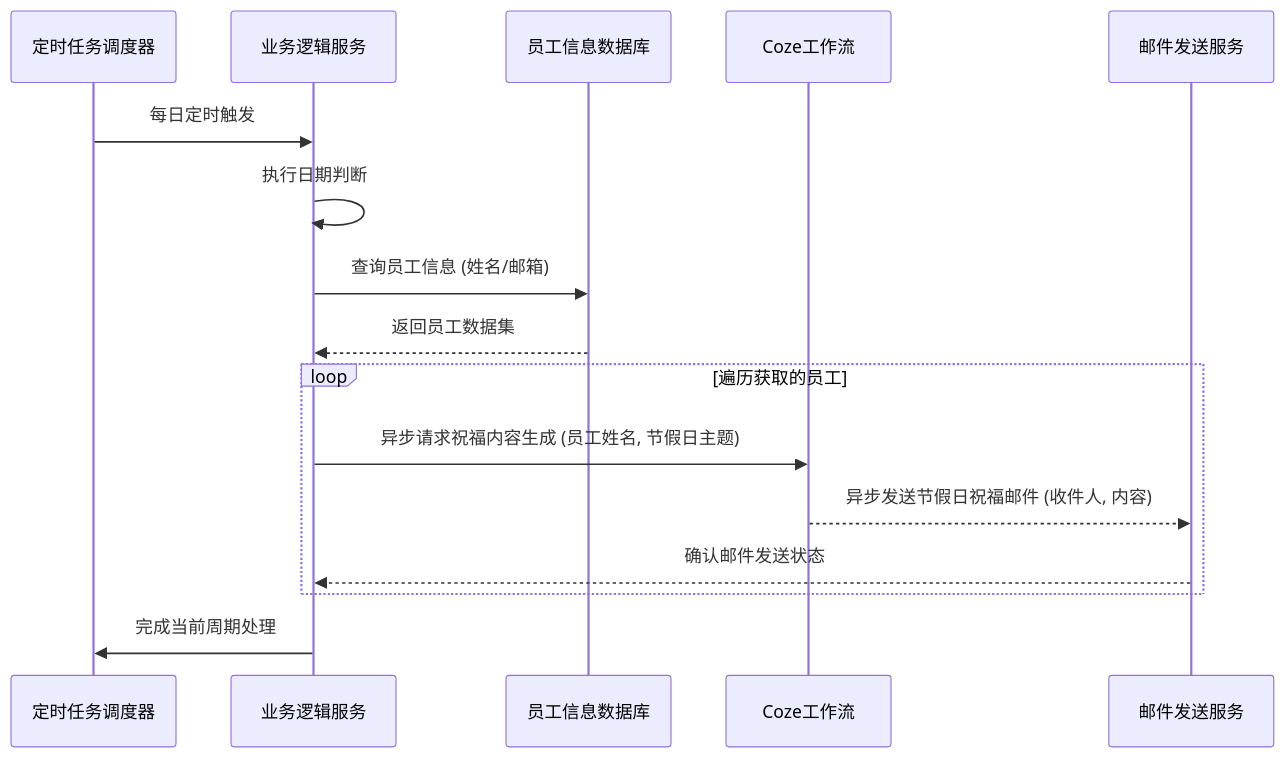
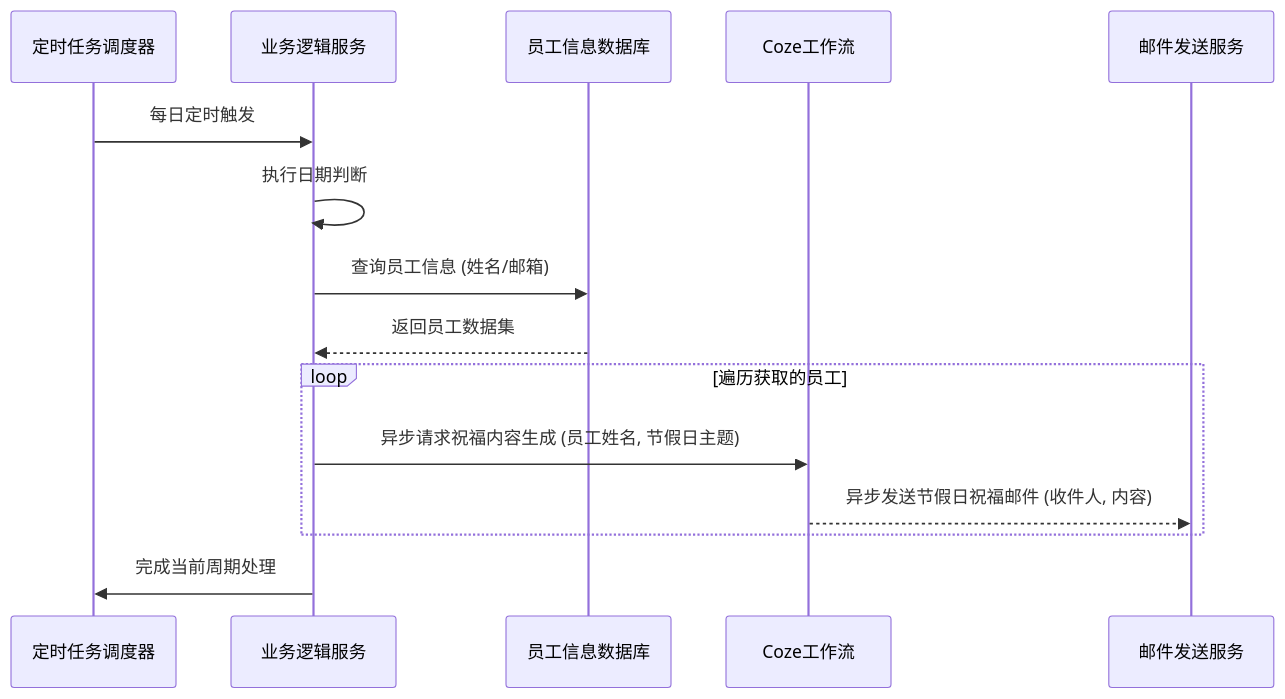
One commit to kotvaer/email-send changed the diagram in md/sequence.md. Above: the diagram before and after it, drawn with Mermaid. The commit also changed 1 other file, not shown here.

Commit message:
格式修改

`````diff
--- a/md/sequence.md
+++ b/md/sequence.md
@@ -1,19 +1,19 @@
 ````mermaid
 sequenceDiagram
     participant 定时任务调度器
     participant 业务逻辑服务
     participant 员工信息数据库
     participant Coze工作流
     participant 邮件发送服务
     定时任务调度器 ->> 业务逻辑服务: 每日定时触发
     业务逻辑服务 ->> 业务逻辑服务: 执行日期判断 
     业务逻辑服务 ->> 员工信息数据库: 查询员工信息 (姓名/邮箱)
     员工信息数据库 -->> 业务逻辑服务: 返回员工数据集
     loop 遍历获取的员工
         业务逻辑服务 ->> Coze工作流: 异步请求祝福内容生成 (员工姓名, 节假日主题)
         Coze工作流 -->> 邮件发送服务: 异步发送节假日祝福邮件 (收件人, 内容)
-        邮件发送服务 -->> 业务逻辑服务: 确认邮件发送状态
+%%        邮件发送服务 -->> 业务逻辑服务: 确认邮件发送状态
     end
 
     业务逻辑服务 ->> 定时任务调度器: 完成当前周期处理
 ````
`````
